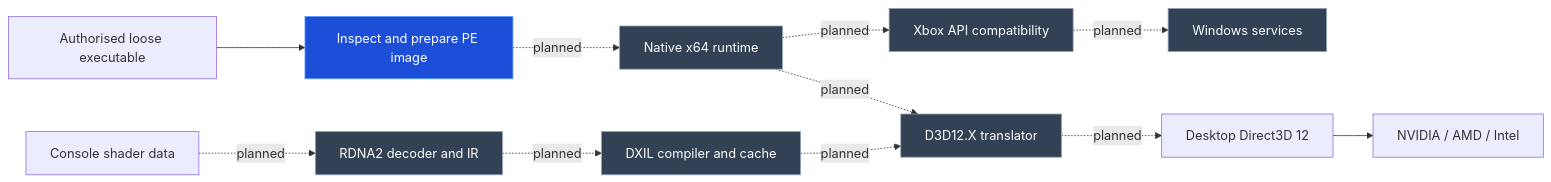
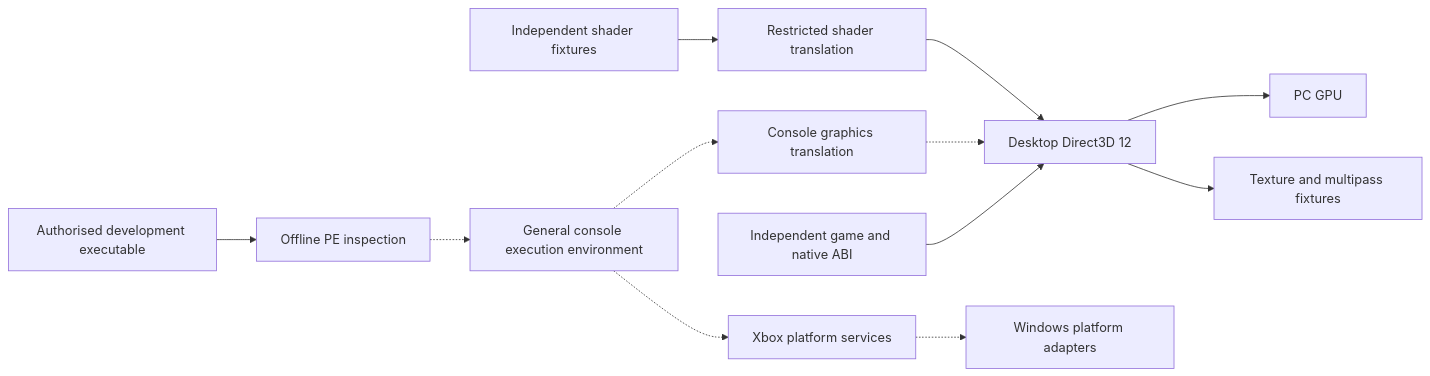
One commit to RickyDivjakovski/Revenge changed the second of 2 diagrams in README.md. Above: the diagram before and after it, drawn with Mermaid. The commit also changed other lines of this file and 178 other files, not shown here.

Commit message:
updates to graphics rendering + more

````diff
--- a/README.md
+++ b/README.md
@@ -109,17 +95,14 @@
 ```mermaid
 flowchart LR
-    A[Authorised loose executable] --> B[Inspect and prepare PE image]
-    B -. planned .-> C[Native x64 runtime]
-    C -. planned .-> D[Xbox API compatibility]
-    C -. planned .-> E[D3D12.X translator]
-    F[Console shader data] -. planned .-> G[RDNA2 decoder and IR]
-    G -. planned .-> H[DXIL compiler and cache]
-    H -. planned .-> E
-    D -. planned .-> I[Windows services]
-    E -. planned .-> J[Desktop Direct3D 12]
-    J --> K[NVIDIA / AMD / Intel]
-    classDef active fill:#1d4ed8,stroke:#60a5fa,color:#ffffff;
-    classDef future fill:#334155,stroke:#94a3b8,color:#ffffff;
-    class B active;
-    class C,D,E,G,H,I future;
+    A[Authorised development executable] --> B[Offline PE inspection]
+    B -.-> C[General console execution environment]
+    C -.-> D[Xbox platform services]
+    C -.-> E[Console graphics translation]
+    F[Independent shader fixtures] --> G[Restricted shader translation]
+    G --> H[Desktop Direct3D 12]
+    E -.-> H
+    M[Independent game and native ABI] --> H
+    H --> I[PC GPU]
+    H --> T[Texture and multipass fixtures]
+    D -.-> W[Windows platform adapters]
 ```
````
